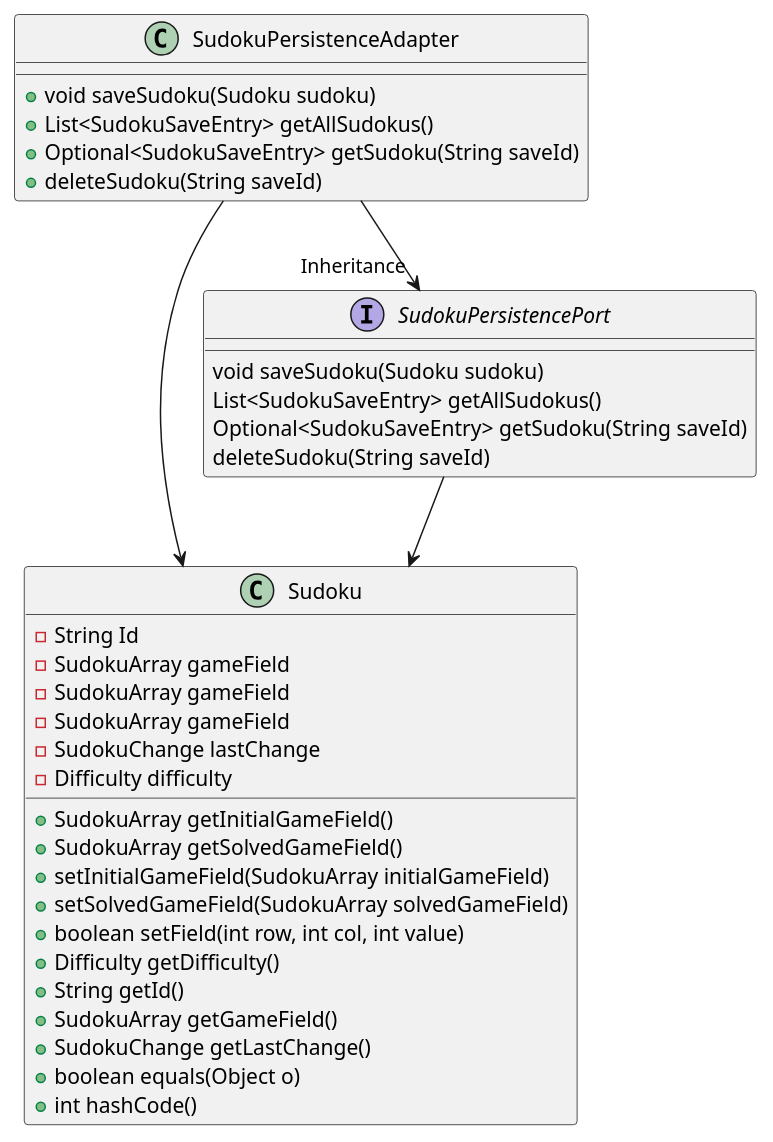
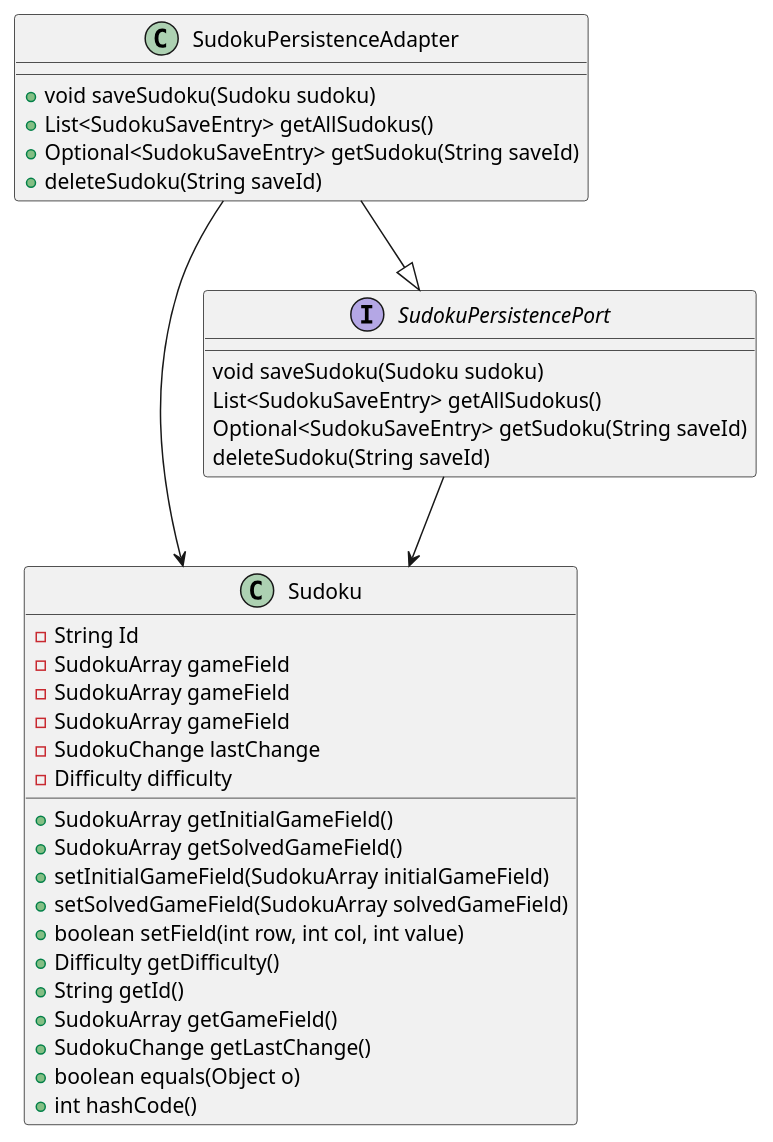
The diagram in uml/dependency_rule/dependency_rule_2.puml (mohjohfox/cli-sudoku), drawn with PlantUML before and after one commit. The commit also changed 10 other files, not shown here.

First line of the commit message:
Fixed uml

```diff
--- a/uml/dependency_rule/dependency_rule_2.puml
+++ b/uml/dependency_rule/dependency_rule_2.puml
@@ -1,39 +1,39 @@
 @startuml
 class Sudoku{
 -String Id
 -SudokuArray gameField
 -SudokuArray gameField
 -SudokuArray gameField
 -SudokuChange lastChange
 -Difficulty difficulty
 +SudokuArray getInitialGameField()
 +SudokuArray getSolvedGameField()
 +setInitialGameField(SudokuArray initialGameField)
 +setSolvedGameField(SudokuArray solvedGameField)
 +boolean setField(int row, int col, int value)
 +Difficulty getDifficulty()
 +String getId()
 +SudokuArray getGameField()
 +SudokuChange getLastChange()
 +boolean equals(Object o)
 +int hashCode()
 }
 
 interface SudokuPersistencePort {
    void saveSudoku(Sudoku sudoku)
    List<SudokuSaveEntry> getAllSudokus()
    Optional<SudokuSaveEntry> getSudoku(String saveId)
    deleteSudoku(String saveId)
 }
 
 class SudokuPersistenceAdapter {
   + void saveSudoku(Sudoku sudoku)
   + List<SudokuSaveEntry> getAllSudokus()
   + Optional<SudokuSaveEntry> getSudoku(String saveId)
   + deleteSudoku(String saveId)
 }
 
-SudokuPersistenceAdapter--> "Inheritance" SudokuPersistencePort
+SudokuPersistenceAdapter--|>SudokuPersistencePort
 SudokuPersistenceAdapter-->Sudoku
 SudokuPersistencePort-->Sudoku
 @enduml
```
